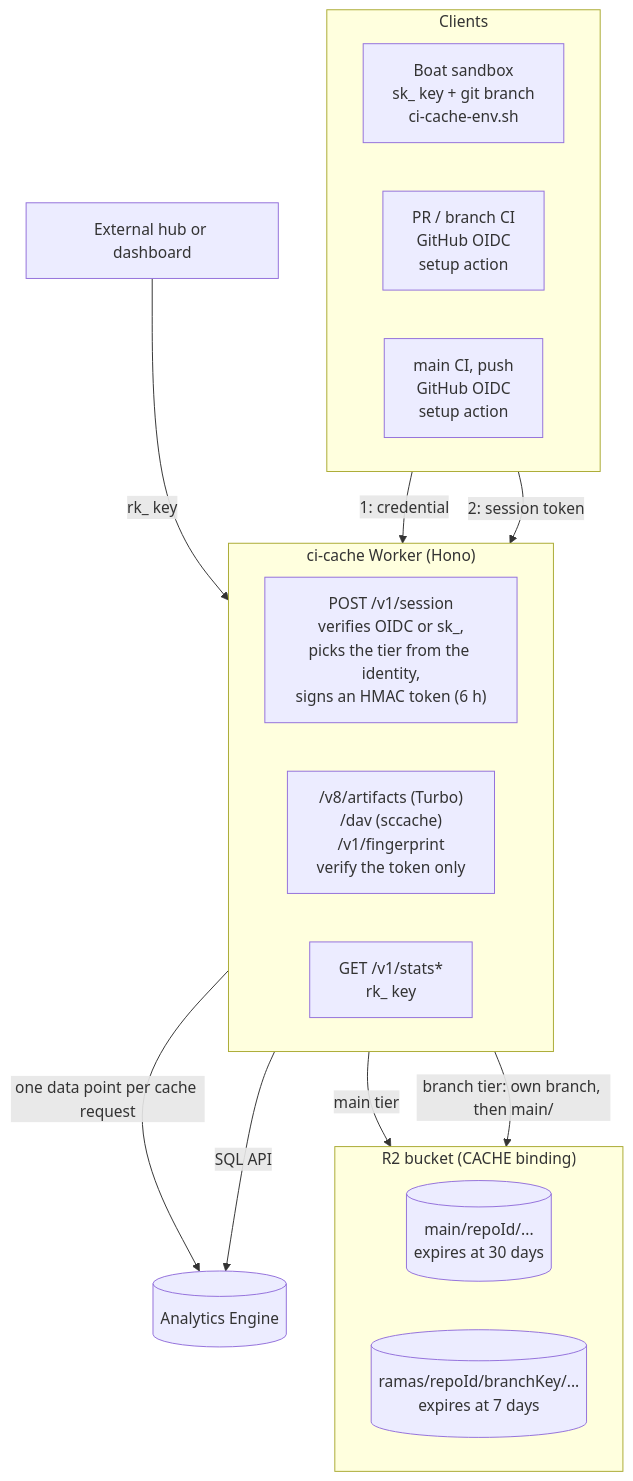
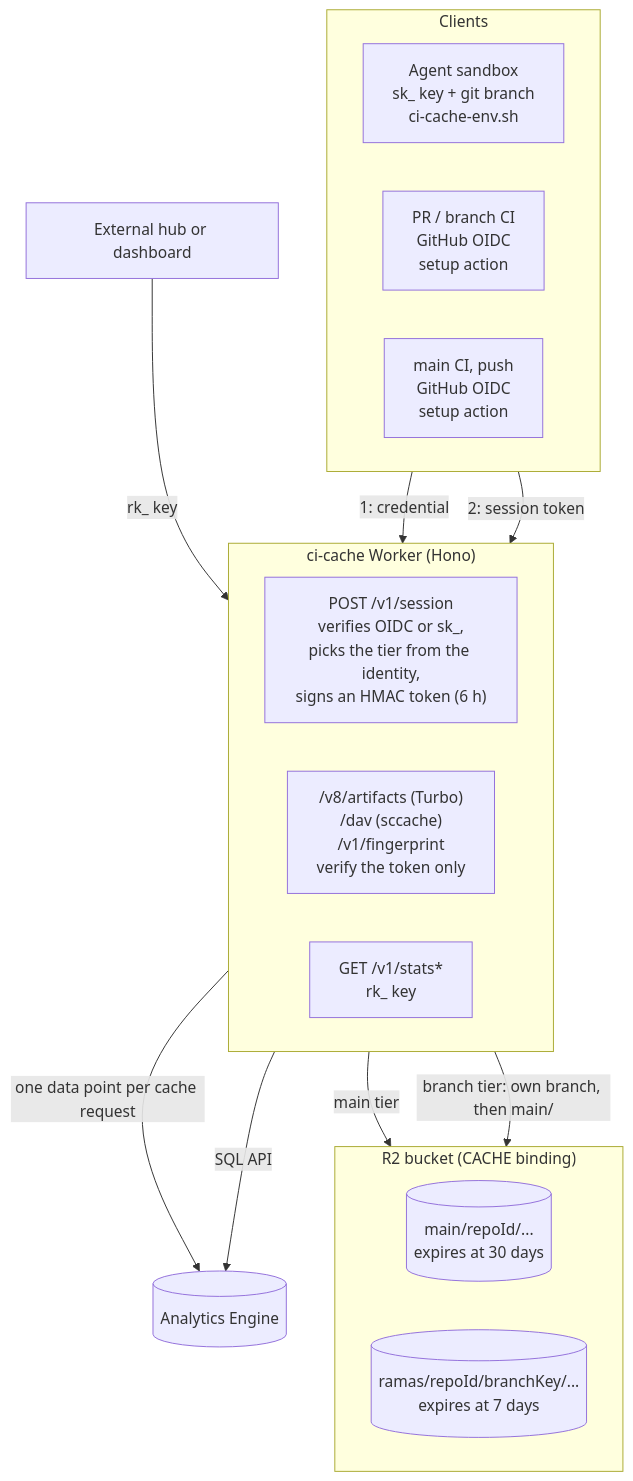
Before and after one commit to OmarAlex24/ci-cache: the first of 3 diagrams in README.md, drawn with Mermaid. The commit also changed other lines of this file and 15 other files, not shown here.

````diff
--- a/README.md
+++ b/README.md
@@ -210,33 +210,33 @@
 ```mermaid
 flowchart TB
   subgraph clients["Clients"]
     direction LR
-    SB["Boat sandbox<br/>sk_ key + git branch<br/>ci-cache-env.sh"]
+    SB["Agent sandbox<br/>sk_ key + git branch<br/>ci-cache-env.sh"]
     PR["PR / branch CI<br/>GitHub OIDC<br/>setup action"]
     MC["main CI, push<br/>GitHub OIDC<br/>setup action"]
   end
 
   subgraph worker["ci-cache Worker (Hono)"]
     direction LR
     S["POST /v1/session<br/>verifies OIDC or sk_,<br/>picks the tier from the identity,<br/>signs an HMAC token (6 h)"]
     C["/v8/artifacts (Turbo)<br/>/dav (sccache)<br/>/v1/fingerprint<br/>verify the token only"]
     ST["GET /v1/stats*<br/>rk_ key"]
   end
 
   subgraph r2["R2 bucket (CACHE binding)"]
     direction LR
     M[("main/repoId/...<br/>expires at 30 days")]
     B[("ramas/repoId/branchKey/...<br/>expires at 7 days")]
   end
 
   AE[("Analytics Engine")]
   HUB["External hub or dashboard"]
 
   clients -->|"1: credential"| S
   clients -->|"2: session token"| C
   C -->|"main tier"| M
   C -->|"branch tier: own branch, then main/"| B
   C -->|"one data point per cache request"| AE
   HUB -->|"rk_ key"| ST
   ST -->|"SQL API"| AE
 ```
````
